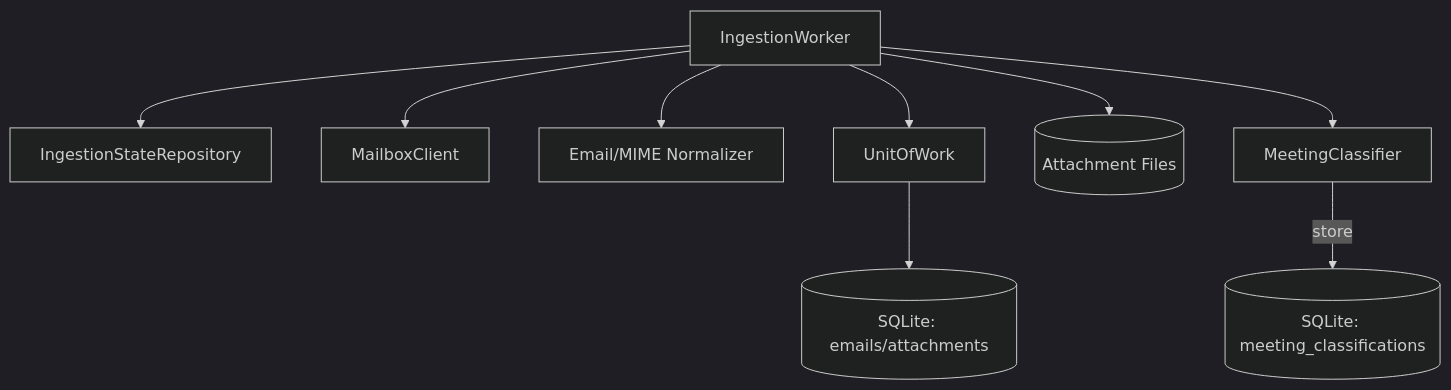
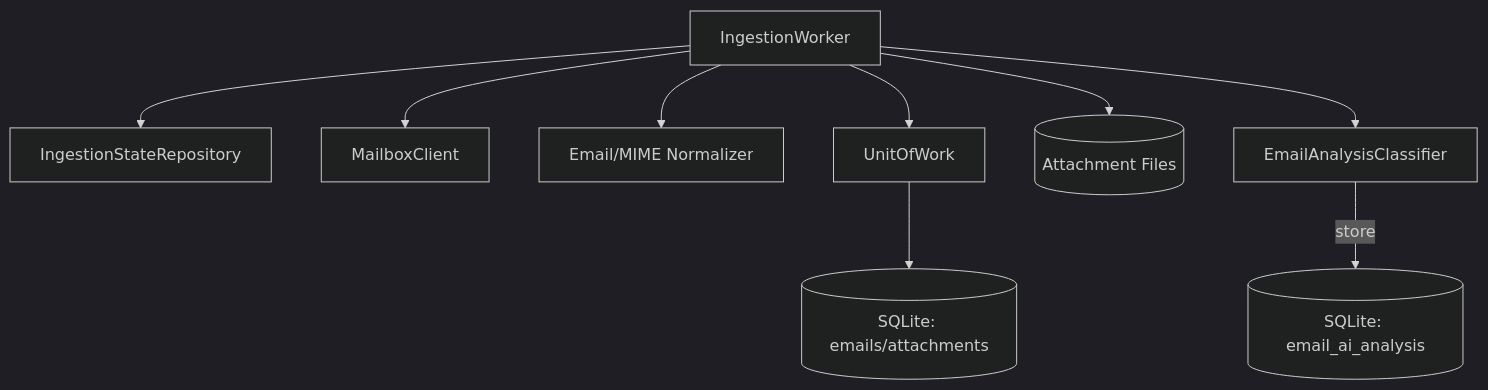
The seventh of 20 diagrams in backend/backend_specification_Modules.md (XunSong02/OutlookPlus), drawn with Mermaid (dark theme) before and after one commit. The commit also changed other lines of this file and 159 other files, not shown here.

````diff
--- a/backend/backend_specification_Modules.md
+++ b/backend/backend_specification_Modules.md
@@ -569,11 +628,11 @@
 ```mermaid
 flowchart TB
 	Worker[IngestionWorker] --> State[IngestionStateRepository]
 	Worker --> IMAP[MailboxClient]
 	Worker --> Parse[Email/MIME Normalizer]
 	Worker --> UoW[UnitOfWork]
 	UoW --> Emails[(SQLite: emails/attachments)]
 	Worker --> Files[(Attachment Files)]
-	Worker --> Meet[MeetingClassifier]
-	Meet -->|store| MeetDB[(SQLite: meeting_classifications)]
+	Worker --> Analyze[EmailAnalysisClassifier]
+	Analyze -->|store| AiDB[(SQLite: email_ai_analysis)]
 ```
````
